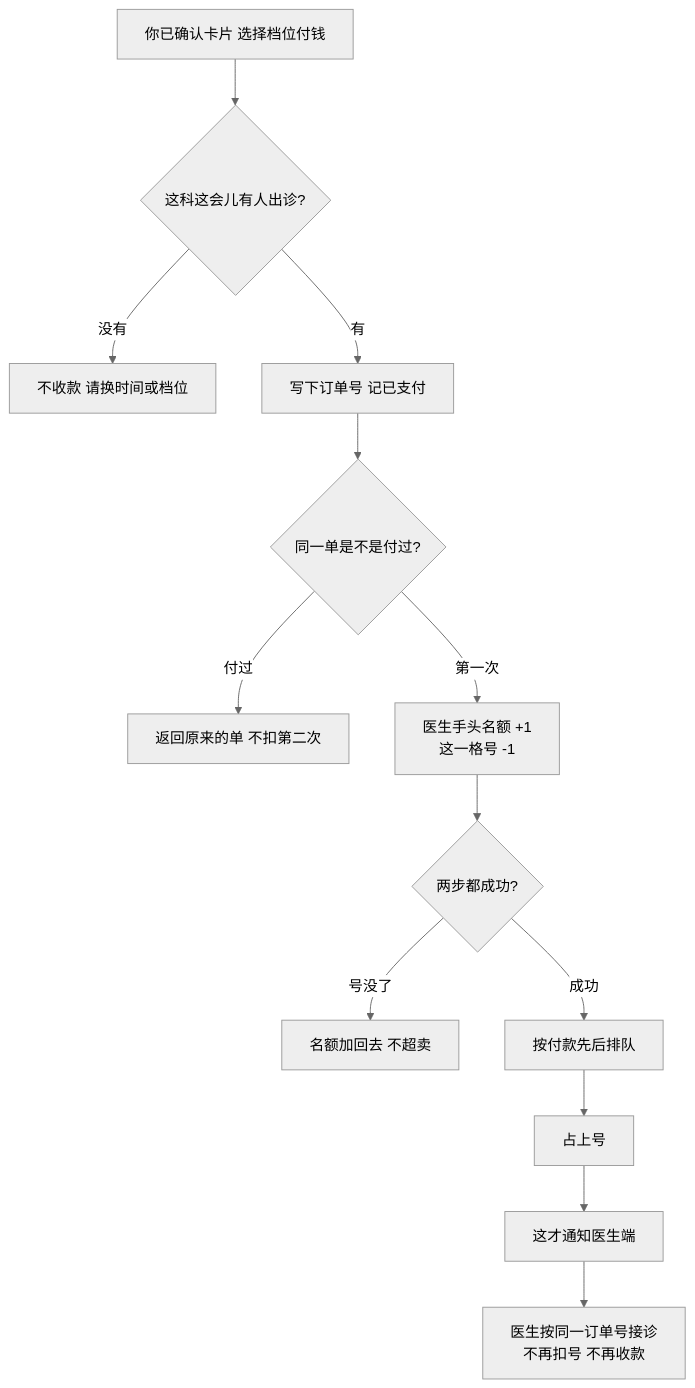
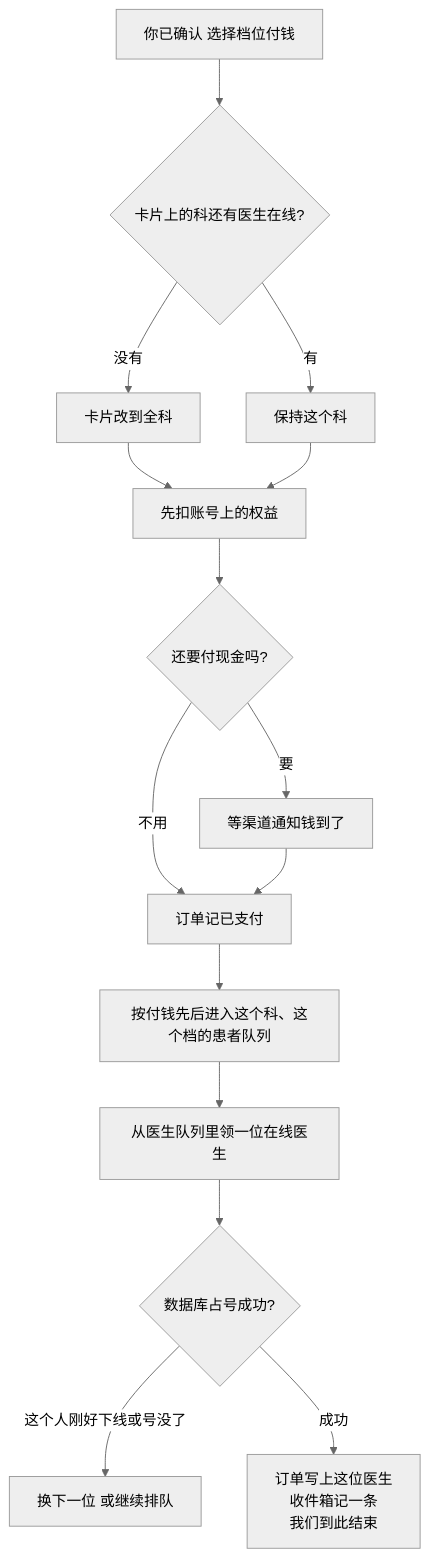
The seventh of 7 diagrams in README.md (moonligh521/consult), drawn with Mermaid (neutral theme) before and after one commit. The commit also changed other lines of this file and 18 other files, not shown here.

````diff
--- a/README.md
+++ b/README.md
@@ -132,15 +182,17 @@
 ```mermaid
 flowchart TD
-  A[你已确认卡片 选择档位付钱] --> B{这科这会儿有人出诊?}
-  B -->|没有| C[不收款 请换时间或档位]
-  B -->|有| D[写下订单号 记已支付]
-  D --> E{同一单是不是付过?}
-  E -->|付过| F[返回原来的单 不扣第二次]
-  E -->|第一次| G[医生手头名额 +1<br/>这一格号 -1]
-  G --> H{两步都成功?}
-  H -->|号没了| I[名额加回去 不超卖]
-  H -->|成功| J[按付款先后排队]
-  J --> K[占上号]
-  K --> L[这才通知医生端]
-  L --> M[医生按同一订单号接诊<br/>不再扣号 不再收款]
+  A[你已确认 选择档位付钱] --> B{卡片上的科还有医生在线?}
+  B -->|没有| C[卡片改到全科]
+  B -->|有| D[保持这个科]
+  C --> E[先扣账号上的权益]
+  D --> E
+  E --> F{还要付现金吗?}
+  F -->|不用| G[订单记已支付]
+  F -->|要| H[等渠道通知钱到了]
+  H --> G
+  G --> I[按付钱先后进入这个科、这个档的患者队列]
+  I --> J[从医生队列里领一位在线医生]
+  J --> K{数据库占号成功?}
+  K -->|这个人刚好下线或号没了| L[换下一位 或继续排队]
+  K -->|成功| M[订单写上这位医生<br/>收件箱记一条<br/>我们到此结束]
 ```
````
